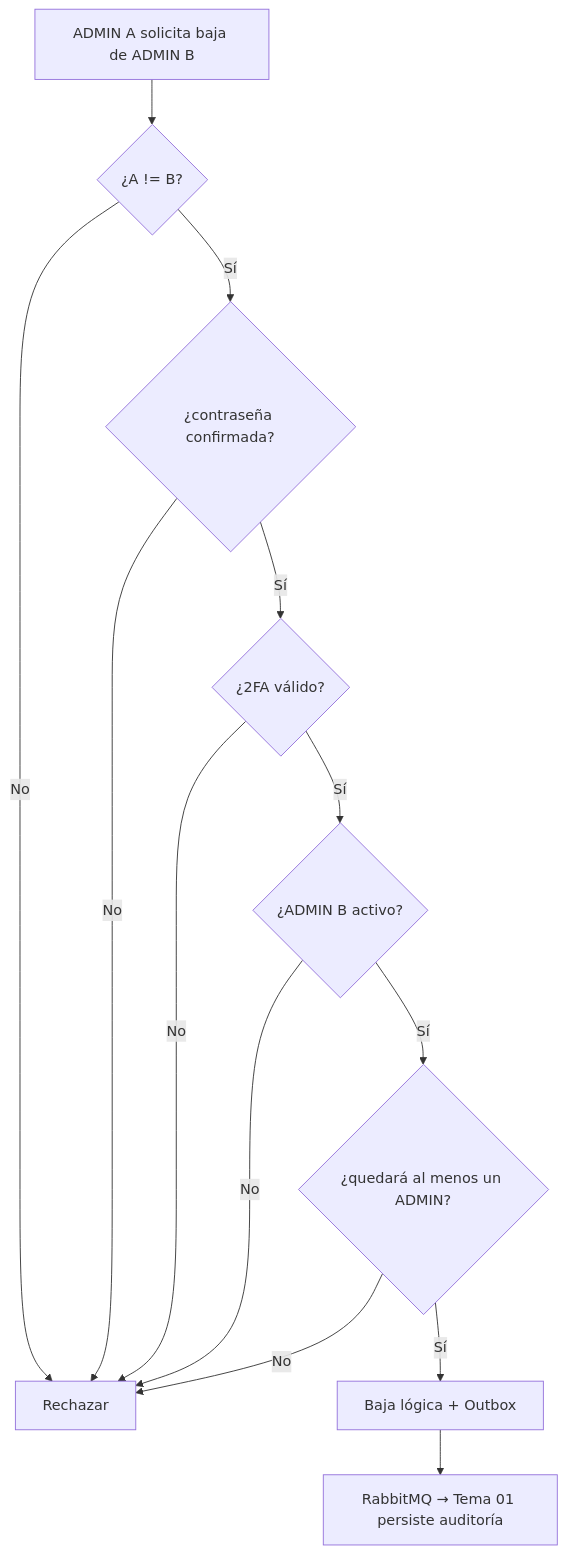
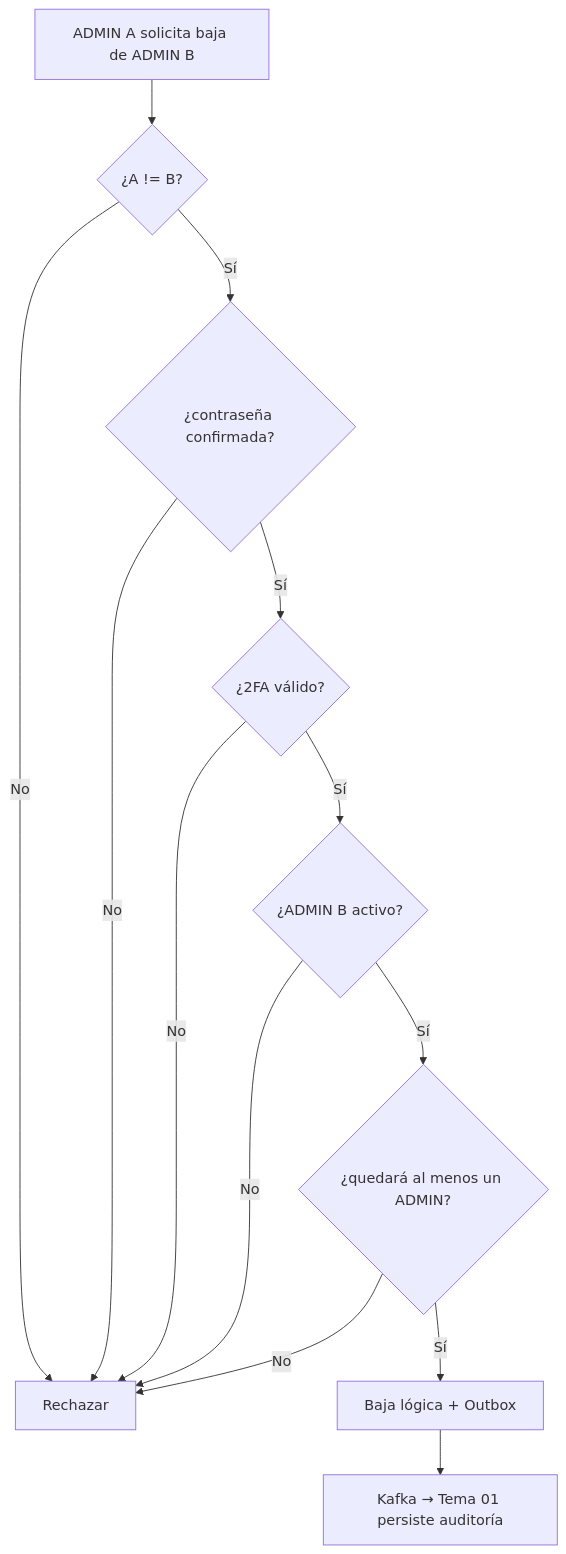
Before and after one commit to 2W2-114324-Carballo-Juarez-Mateo/backoffice-docs: the sixth of 6 diagrams in docs/backend/arquitectura/comunicacion.md, drawn with Mermaid. The commit also changed other lines of this file and 20 other files, not shown here.

Commit message:
refactor: volver a Apache Kafka como broker (decisión de plataforma con Notificaciones/Banco); RabbitMQ como alternativa

````diff
--- a/docs/backend/arquitectura/comunicacion.md
+++ b/docs/backend/arquitectura/comunicacion.md
@@ -161,15 +161,15 @@
 ```mermaid
 flowchart TD
     A[ADMIN A solicita baja de ADMIN B] --> B{¿A != B?}
     B -- No --> X[Rechazar]
     B -- Sí --> C{¿contraseña confirmada?}
     C -- No --> X
     C -- Sí --> D{¿2FA válido?}
     D -- No --> X
     D -- Sí --> E{¿ADMIN B activo?}
     E -- No --> X
     E -- Sí --> F{¿quedará al menos un ADMIN?}
     F -- No --> X
     F -- Sí --> G[Baja lógica + Outbox]
-    G --> H[RabbitMQ → Tema 01 persiste auditoría]
+    G --> H[Kafka → Tema 01 persiste auditoría]
 ```
````
